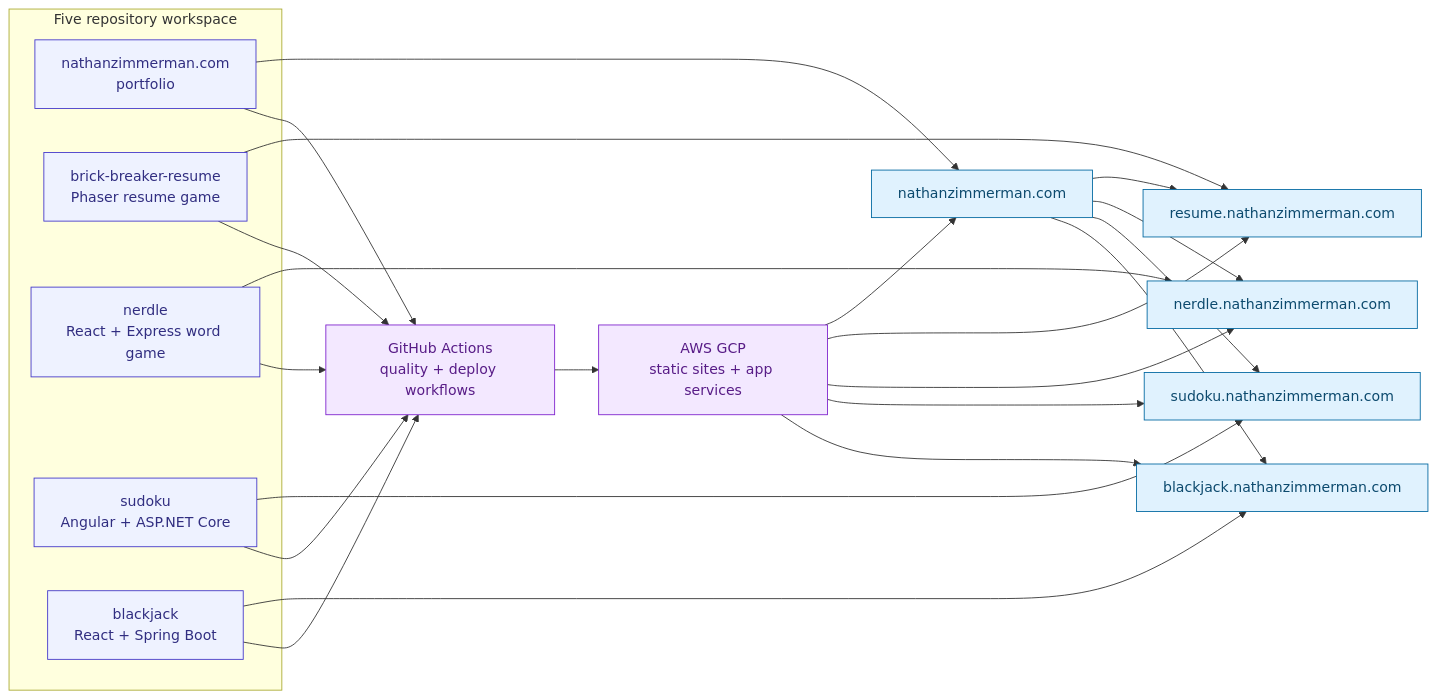
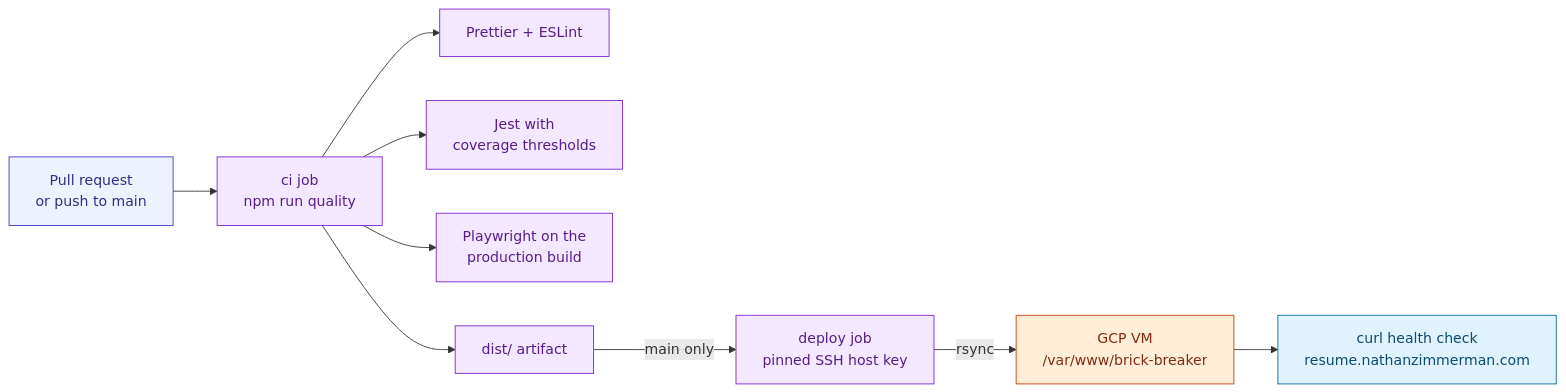
One commit to natezimm/brick-breaker-resume changed the fourth of 4 diagrams in docs/architecture.md. Above: the diagram before and after it, drawn with Mermaid. The commit also changed other lines of this file and 5 other files, not shown here.

First line of the commit message:
Rewrite the README for visitors and redraw the architecture diagrams

````diff
--- a/docs/architecture.md
+++ b/docs/architecture.md
@@ -52,45 +83,20 @@
 ```mermaid
 flowchart LR
-  subgraph Workspace["Five repository workspace"]
-    PortfolioRepo["nathanzimmerman.com<br/>portfolio"]
-    BrickRepo["brick-breaker-resume<br/>Phaser resume game"]
-    NerdleRepo["nerdle<br/>React + Express word game"]
-    SudokuRepo["sudoku<br/>Angular + ASP.NET Core"]
-    BlackjackRepo["blackjack<br/>React + Spring Boot"]
-  end
+  PR["Pull request<br/>or push to main"] --> Gate["ci job<br/>npm run quality"]
+  Gate --> Format["Prettier + ESLint"]
+  Gate --> Unit["Jest with<br/>coverage thresholds"]
+  Gate --> E2E["Playwright on the<br/>production build"]
+  Gate --> Artifact["dist/ artifact"]
+  Artifact -->|"main only"| Deploy["deploy job<br/>pinned SSH host key"]
+  Deploy -->|"rsync"| VM["GCP VM<br/>/var/www/brick-breaker"]
+  VM --> Health["curl health check<br/>resume.nathanzimmerman.com"]
 
-  PortfolioRepo --> PortfolioSite["nathanzimmerman.com"]
-  BrickRepo --> BrickSite["resume.nathanzimmerman.com"]
-  NerdleRepo --> NerdleSite["nerdle.nathanzimmerman.com"]
-  SudokuRepo --> SudokuSite["sudoku.nathanzimmerman.com"]
-  BlackjackRepo --> BlackjackSite["blackjack.nathanzimmerman.com"]
-
-  PortfolioSite --> BrickSite
-  PortfolioSite --> NerdleSite
-  PortfolioSite --> SudokuSite
-  PortfolioSite --> BlackjackSite
-
-  PortfolioRepo --> Actions["GitHub Actions<br/>quality + deploy workflows"]
-  BrickRepo --> Actions
-  NerdleRepo --> Actions
-  SudokuRepo --> Actions
-  BlackjackRepo --> Actions
-  Actions --> GCP["AWS GCP<br/>static sites + app services"]
-  GCP --> PortfolioSite
-  GCP --> BrickSite
-  GCP --> NerdleSite
-  GCP --> SudokuSite
-  GCP --> BlackjackSite
-
-  classDef user fill:#f8fafc,stroke:#475569,color:#0f172a
+  classDef repo fill:#eef2ff,stroke:#4338ca,color:#312e81
+  classDef delivery fill:#f3e8ff,stroke:#7e22ce,color:#581c87
+  classDef server fill:#ffedd5,stroke:#c2410c,color:#7c2d12
   classDef site fill:#e0f2fe,stroke:#0369a1,color:#0c4a6e
-  classDef server fill:#ffedd5,stroke:#c2410c,color:#7c2d12
-  classDef repo fill:#eef2ff,stroke:#4338ca,color:#312e81
-  classDef client fill:#dcfce7,stroke:#15803d,color:#14532d
-  classDef data fill:#fef3c7,stroke:#b45309,color:#78350f
-  classDef delivery fill:#f3e8ff,stroke:#7e22ce,color:#581c87
-  classDef external fill:#fee2e2,stroke:#b91c1c,color:#7f1d1d
-  class PortfolioRepo,BrickRepo,NerdleRepo,SudokuRepo,BlackjackRepo repo
-  class PortfolioSite,BrickSite,NerdleSite,SudokuSite,BlackjackSite site
-  class Actions,GCP delivery
+  class PR repo
+  class Gate,Format,Unit,E2E,Artifact,Deploy delivery
+  class VM server
+  class Health site
 ```
````
